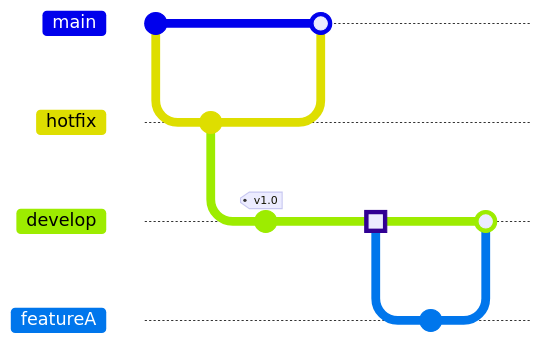
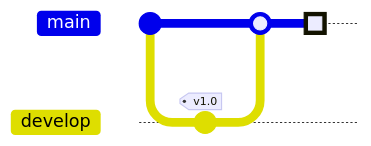
Before and after one commit to rp1-run/rp1: diagram 22 of 38 in plugins/base/skills/mermaid/reference.md, drawn with Mermaid. The commit also changed other lines of this file and 7 other files, not shown here. Commit ids are hidden.

Commit message:
feat: add a better mermaid repair skill

````diff
--- a/plugins/base/skills/mermaid/reference.md
+++ b/plugins/base/skills/mermaid/reference.md
@@ -342,18 +353,10 @@
 ```mermaid
 gitGraph:
     commit id: "Initial"
-    branch hotfix
-    checkout hotfix
-    commit
     branch develop
     checkout develop
     commit id:"Feature" tag:"v1.0"
     checkout main
-    merge hotfix
-    checkout develop
+    merge develop
     commit type:HIGHLIGHT
-    branch featureA
-    commit
-    checkout develop
-    merge featureA
 ```
````
